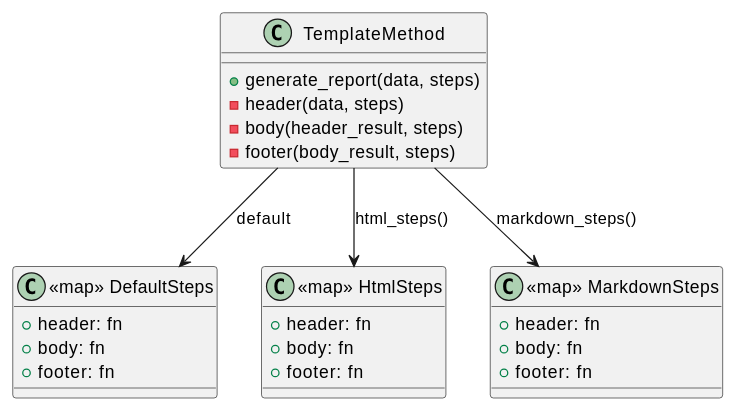
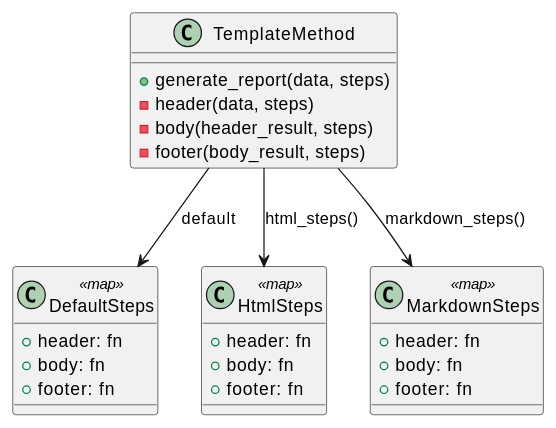
Before and after one commit to k2works/getting-started-design-pattern: the diagram in docs/article/elixir/04-template-method.md, drawn with PlantUML. The commit also changed 73 other files, not shown here.

Commit message:
docs(article): PlantUML 表記と記事ナビゲーションを整理

````diff
--- a/docs/article/elixir/04-template-method.md
+++ b/docs/article/elixir/04-template-method.md
@@ -9,32 +9,32 @@
 ```plantuml
 @startuml
 class "TemplateMethod" as TM {
   + generate_report(data, steps)
   - header(data, steps)
   - body(header_result, steps)
   - footer(body_result, steps)
 }
 
-class "<<map>> DefaultSteps" as DS {
+class "DefaultSteps" as DS <<map>> {
   + header: fn
   + body: fn
   + footer: fn
 }
 
-class "<<map>> HtmlSteps" as HS {
+class "HtmlSteps" as HS <<map>> {
   + header: fn
   + body: fn
   + footer: fn
 }
 
-class "<<map>> MarkdownSteps" as MS {
+class "MarkdownSteps" as MS <<map>> {
   + header: fn
   + body: fn
   + footer: fn
 }
 
 TM --> DS : default
 TM --> HS : html_steps()
 TM --> MS : markdown_steps()
 @enduml
 ```
````
